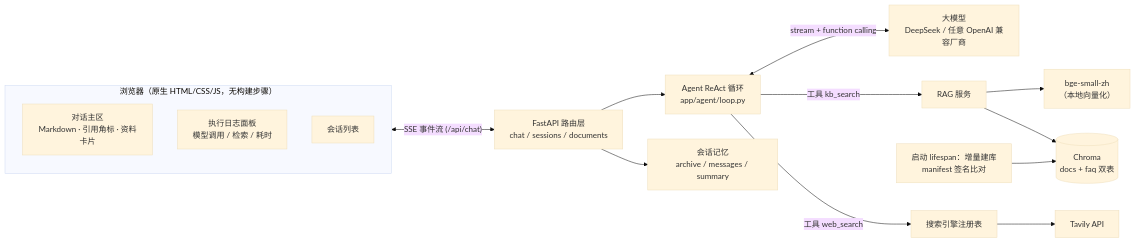
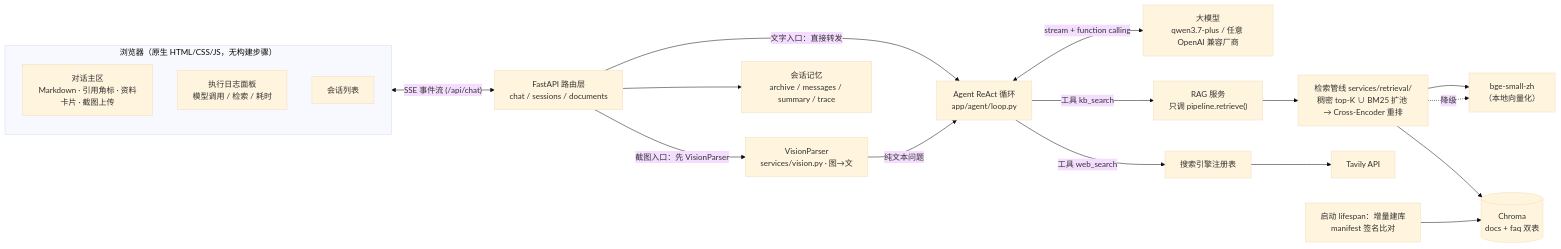
Before and after one commit to Zora-ZhouHui/QA-assistant: the first of 3 diagrams in README.md, drawn with Mermaid (base theme). The commit also changed other lines of this file and 25 other files, not shown here.

````diff
--- a/README.md
+++ b/README.md
@@ -59,22 +71,27 @@
 ```mermaid
 flowchart LR
     subgraph FE["浏览器（原生 HTML/CSS/JS，无构建步骤）"]
-        UI["对话主区<br/>Markdown · 引用角标 · 资料卡片"]
+        UI["对话主区<br/>Markdown · 引用角标 · 资料卡片 · 截图上传"]
         LOG["执行日志面板<br/>模型调用 / 检索 / 耗时"]
         SIDE["会话列表"]
     end
 
     FE <-- "SSE 事件流 (/api/chat)" --> API["FastAPI 路由层<br/>chat / sessions / documents"]
 
-    API --> AGENT["Agent ReAct 循环<br/>app/agent/loop.py"]
-    AGENT <-- "stream + function calling" --> LLM["大模型<br/>DeepSeek / 任意 OpenAI 兼容厂商"]
+    API -->|"文字入口：直接转发"| AGENT
+    API -->|"截图入口：先 VisionParser"| VISION["VisionParser<br/>services/vision.py · 图→文"]
+    VISION -->|"纯文本问题"| AGENT
 
-    AGENT -->|"工具 kb_search"| RAG["RAG 服务"]
+    AGENT["Agent ReAct 循环<br/>app/agent/loop.py"] <-- "stream + function calling" --> LLM["大模型<br/>qwen3.7-plus / 任意 OpenAI 兼容厂商"]
+
+    AGENT -->|"工具 kb_search"| RAG["RAG 服务<br/>只调 pipeline.retrieve()"]
     AGENT -->|"工具 web_search"| SEARCH["搜索引擎注册表"]
-    RAG --> EMB["bge-small-zh<br/>（本地向量化）"]
-    RAG --> CHROMA[("Chroma<br/>docs + faq 双表")]
+    RAG --> PIPE["检索管线 services/retrieval/<br/>稠密 top-K ∪ BM25 扩池 → Cross-Encoder 重排"]
+    PIPE --> EMB["bge-small-zh<br/>（本地向量化）"]
+    PIPE --> CHROMA[("Chroma<br/>docs + faq 双表")]
+    PIPE -.->|"降级"| EMB
     SEARCH --> TAVILY["Tavily API"]
 
-    API --> MEM["会话记忆<br/>archive / messages / summary"]
+    API --> MEM["会话记忆<br/>archive / messages / summary / trace"]
     BOOT["启动 lifespan：增量建库<br/>manifest 签名比对"] --> CHROMA
 ```
````
